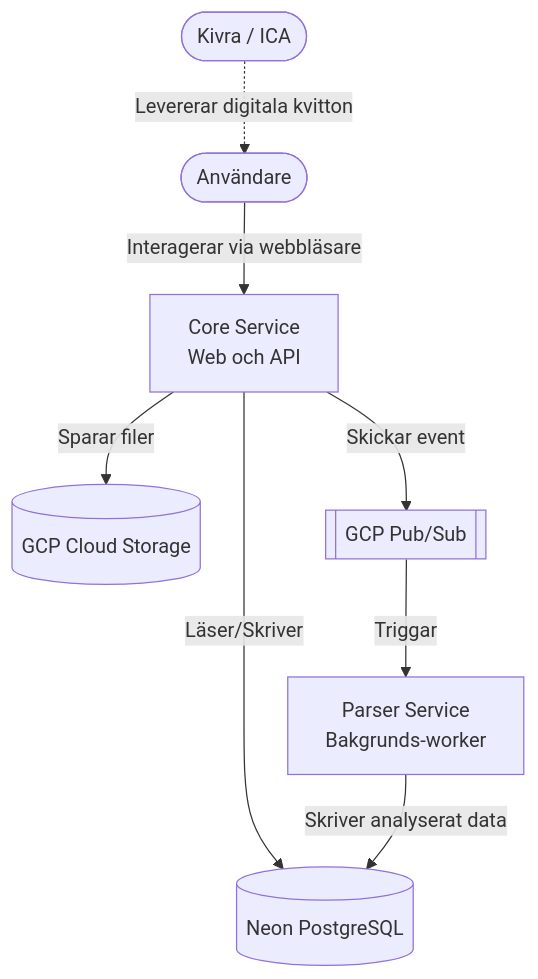
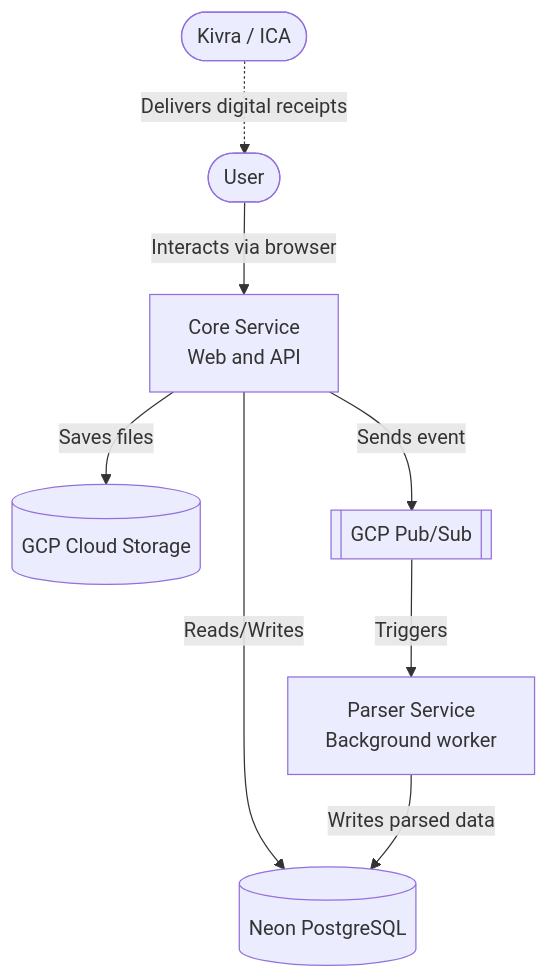
The first of 6 diagrams in architecture.md (pekelund-dev/matdata-2.0), drawn with Mermaid before and after one commit. The commit also changed other lines of this file and 4 other files, not shown here.

First line of the commit message:
Translate README, glossary, prestudy, architecture, NFR to English

````diff
--- a/architecture.md
+++ b/architecture.md
@@ -60,12 +60,12 @@
 ```mermaid
 graph TD
-    User([Användare]) -->|Interagerar via webbläsare| CoreApp[Core Service<br/>Web och API]
-    Kivra([Kivra / ICA]) -.->|Levererar digitala kvitton| User
+    User([User]) -->|Interacts via browser| CoreApp[Core Service<br/>Web and API]
+    Kivra([Kivra / ICA]) -.->|Delivers digital receipts| User
 
-    CoreApp -->|Sparar filer| GCS[(GCP Cloud Storage)]
-    CoreApp -->|Skickar event| PubSub[[GCP Pub/Sub]]
-    PubSub -->|Triggar| ParserApp[Parser Service<br/>Bakgrunds-worker]
+    CoreApp -->|Saves files| GCS[(GCP Cloud Storage)]
+    CoreApp -->|Sends event| PubSub[[GCP Pub/Sub]]
+    PubSub -->|Triggers| ParserApp[Parser Service<br/>Background worker]
 
-    CoreApp -->|Läser/Skriver| DB[(Neon PostgreSQL)]
-    ParserApp -->|Skriver analyserat data| DB
+    CoreApp -->|Reads/Writes| DB[(Neon PostgreSQL)]
+    ParserApp -->|Writes parsed data| DB
 ```
````
